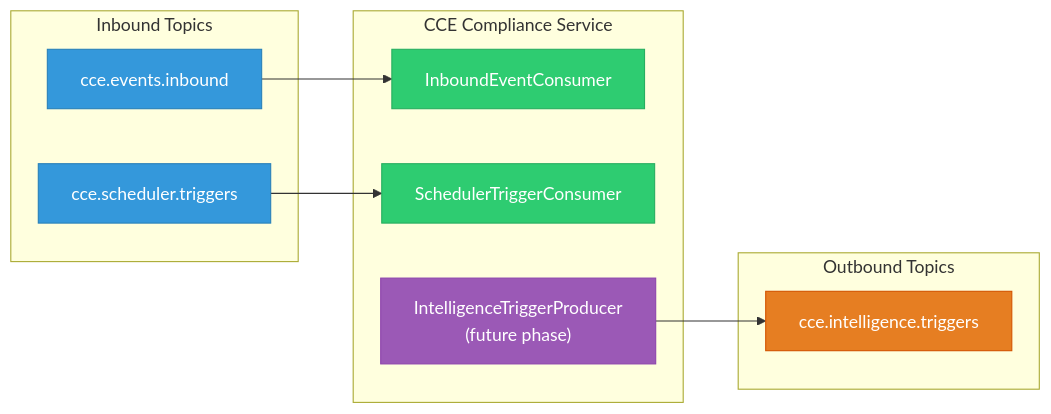
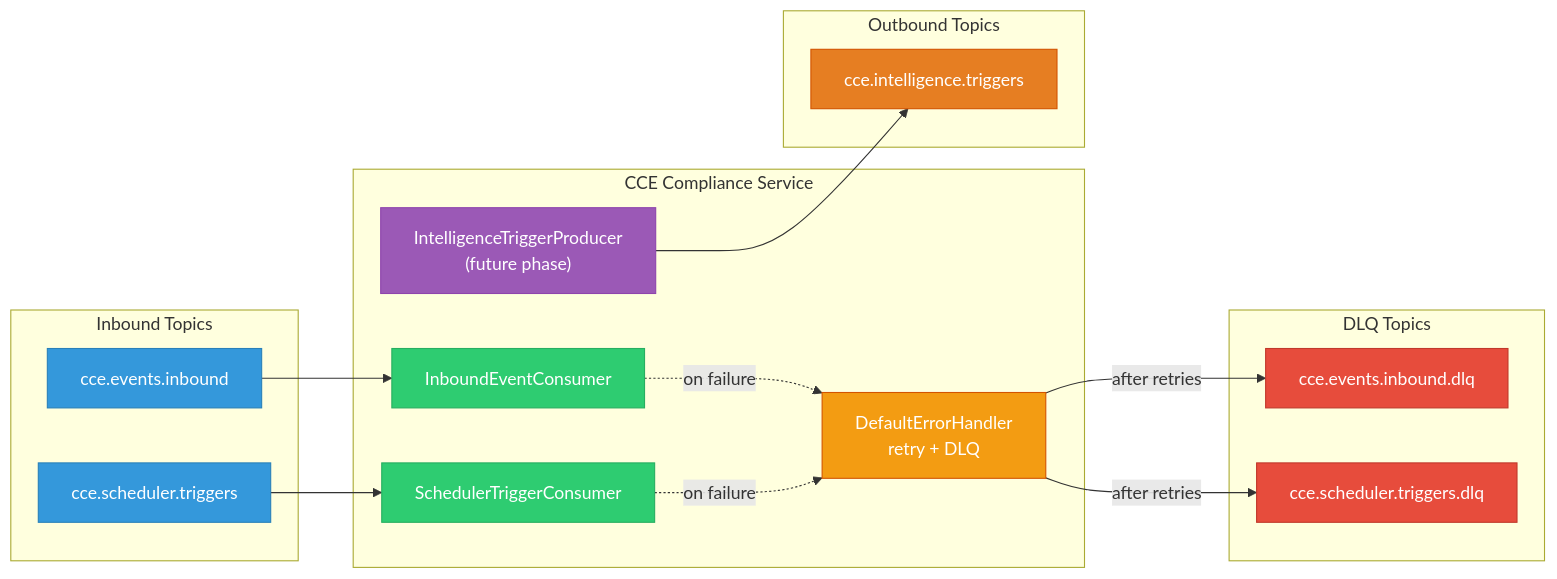
The first of 3 diagrams in docs/kafka-events.md (Jayaprakash8887/cce-compliance-service), drawn with Mermaid before and after one commit. The commit also changed other lines of this file and 11 other files, not shown here.

````diff
--- a/docs/kafka-events.md
+++ b/docs/kafka-events.md
@@ -7,31 +7,45 @@
 ```mermaid
 graph LR
     subgraph Inbound Topics
         T1["cce.events.inbound"]
         T2["cce.scheduler.triggers"]
     end
 
     subgraph CCE Compliance Service
         C1["InboundEventConsumer"]
         C2["SchedulerTriggerConsumer"]
+        EH["DefaultErrorHandler<br/>retry + DLQ"]
         P1["IntelligenceTriggerProducer<br/>(future phase)"]
+    end
+
+    subgraph DLQ Topics
+        D1["cce.events.inbound.dlq"]
+        D2["cce.scheduler.triggers.dlq"]
     end
 
     subgraph Outbound Topics
         T3["cce.intelligence.triggers"]
     end
 
     T1 --> C1
     T2 --> C2
+    C1 -.->|"on failure"| EH
+    C2 -.->|"on failure"| EH
+    EH -->|"after retries"| D1
+    EH -->|"after retries"| D2
     P1 --> T3
 
     classDef inbound fill:#3498DB,stroke:#2980B9,color:white
     classDef outbound fill:#E67E22,stroke:#D35400,color:white
     classDef consumer fill:#2ECC71,stroke:#27AE60,color:white
     classDef producer fill:#9B59B6,stroke:#8E44AD,color:white
+    classDef dlq fill:#E74C3C,stroke:#C0392B,color:white
+    classDef errorHandler fill:#F39C12,stroke:#D35400,color:white
 
     class T1,T2 inbound
     class T3 outbound
     class C1,C2 consumer
     class P1 producer
+    class D1,D2 dlq
+    class EH errorHandler
 ```
````
